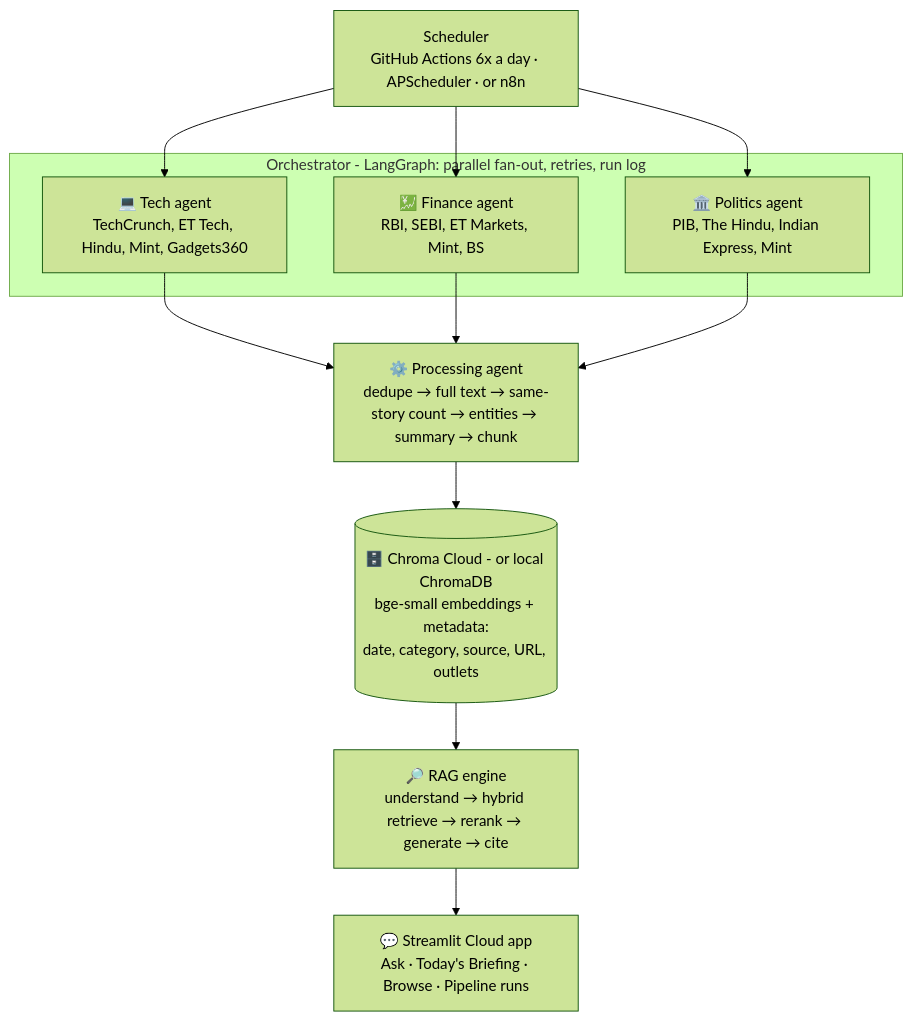
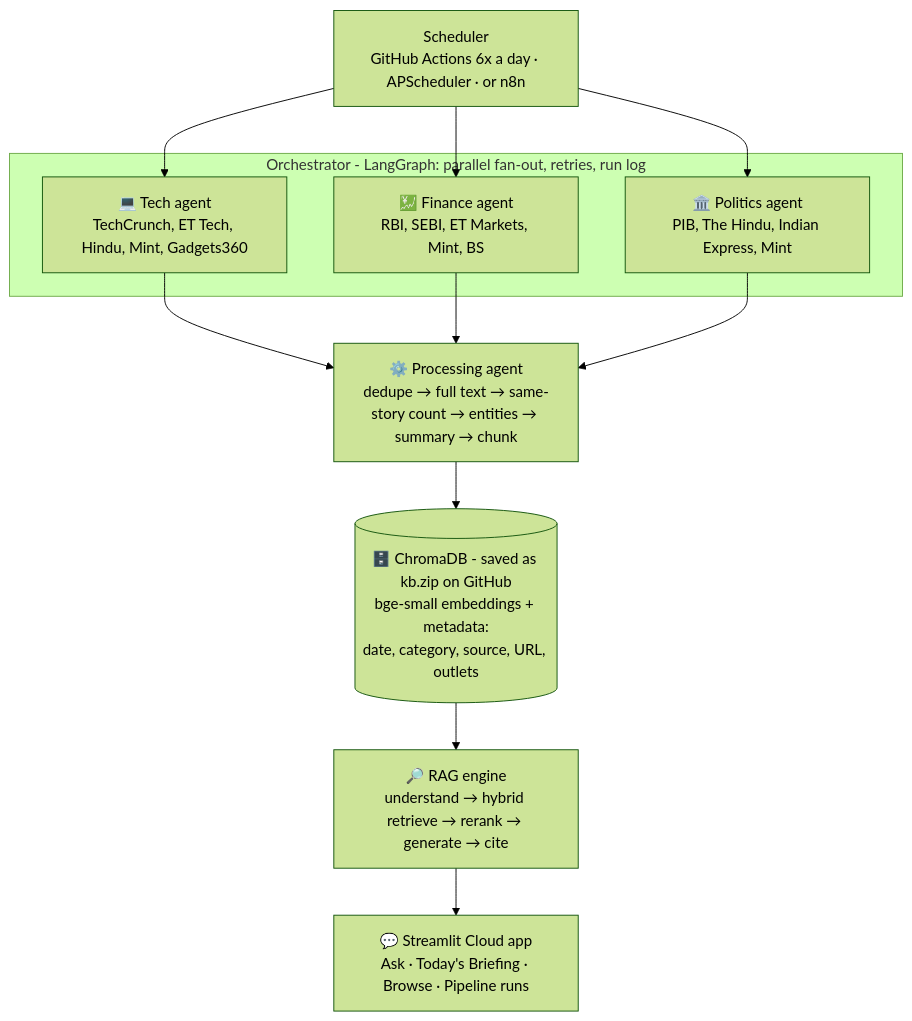
One commit to chithu1881/Newsagent-RAG changed the diagram in README.md. Above: the diagram before and after it, drawn with Mermaid (forest theme). The commit also changed other lines of this file and 10 other files, not shown here.

First line of the commit message:
Store the knowledge base on GitHub instead of Chroma Cloud

````diff
--- a/README.md
+++ b/README.md
@@ -15,13 +15,13 @@
 ```mermaid
 flowchart TD
     S[Scheduler<br/>GitHub Actions 6x a day · APScheduler · or n8n] --> T & F & P
     subgraph O[Orchestrator - LangGraph: parallel fan-out, retries, run log]
         T[💻 Tech agent<br/>TechCrunch, ET Tech, Hindu, Mint, Gadgets360]
         F[💹 Finance agent<br/>RBI, SEBI, ET Markets, Mint, BS]
         P[🏛️ Politics agent<br/>PIB, The Hindu, Indian Express, Mint]
     end
     T & F & P --> PR[⚙️ Processing agent<br/>dedupe → full text → same-story count → entities → summary → chunk]
-    PR --> KB[(🗄️ Chroma Cloud - or local ChromaDB<br/>bge-small embeddings + metadata:<br/>date, category, source, URL, outlets)]
+    PR --> KB[(🗄️ ChromaDB - saved as kb.zip on GitHub<br/>bge-small embeddings + metadata:<br/>date, category, source, URL, outlets)]
     KB --> R[🔎 RAG engine<br/>understand → hybrid retrieve → rerank → generate → cite]
     R --> UI[💬 Streamlit Cloud app<br/>Ask · Today's Briefing · Browse · Pipeline runs]
 ```
````
